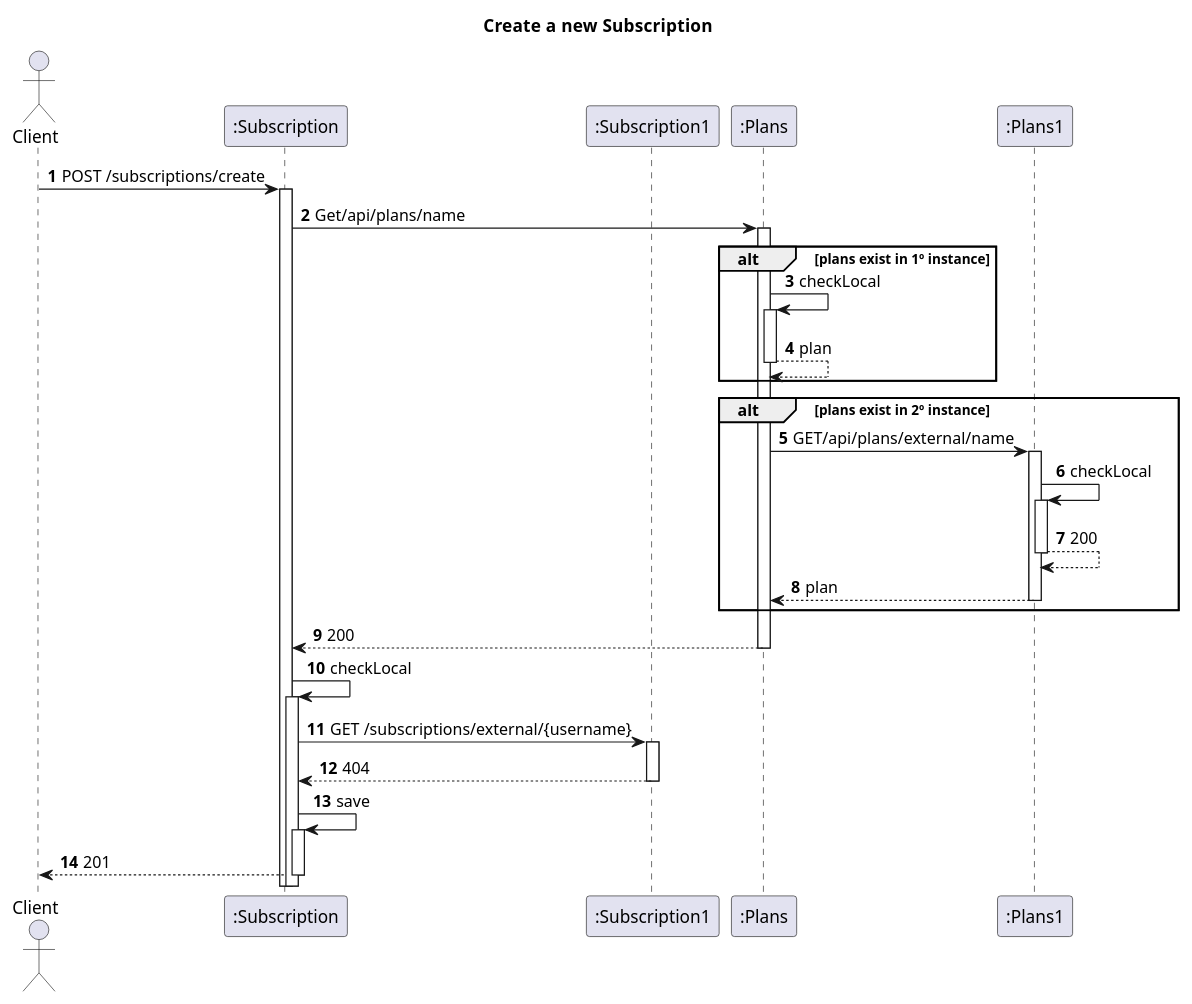
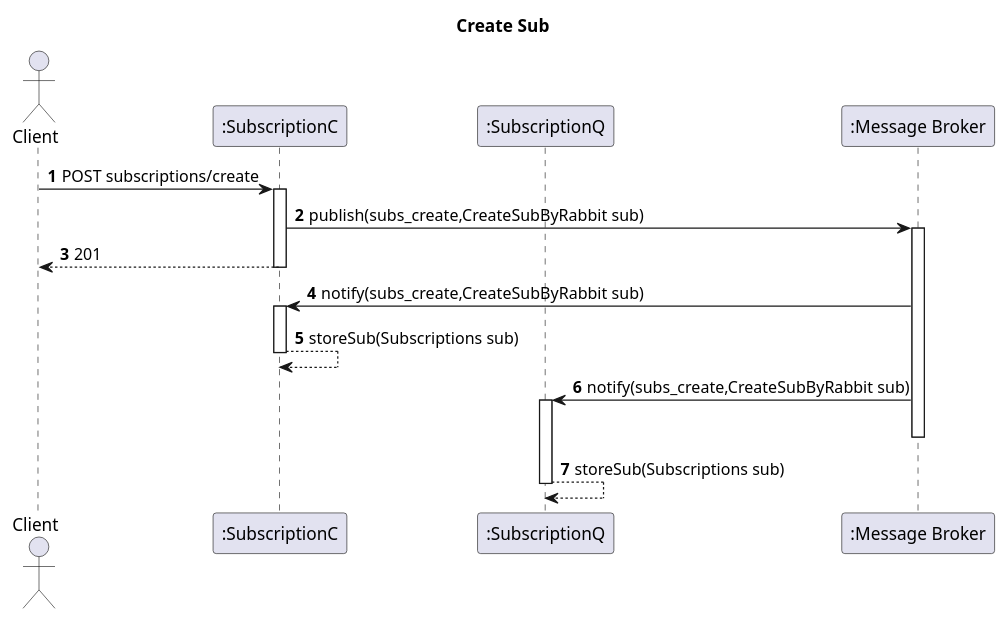
The diagram in docs_sidis/Segunda_Avalição/Subs/Vista Logica/N2/CreateSub.puml (IsepMartimOliveira/SIDIS), drawn with PlantUML before and after one commit. The commit also changed 6 other files, not shown here.

```diff
--- a/docs_sidis/Segunda_Avalição/Subs/Vista Logica/N2/CreateSub.puml
+++ b/docs_sidis/Segunda_Avalição/Subs/Vista Logica/N2/CreateSub.puml
@@ -1,34 +1,27 @@
 @startuml
 'https://plantuml.com/sequence-diagram
 autoactivate on
 autonumber
-title  Create  a new Subscription
+title  Create Sub
 
 autonumber
 
 actor "Client" as Ac
-participant ":Subscription" as Auth
-participant ":Subscription1" as Serv
-participant ":Plans" as Plans
-participant ":Plans1" as Plans1
 
+participant ":SubscriptionC" as SubC
+participant ":SubscriptionQ" as SubQ
+participant ":Message Broker" as Broker
 
-Ac->Auth: POST /subscriptions/create
-Auth -> Plans: Get/api/plans/name
-alt plans exist in 1º instance
-    Plans -> Plans: checkLocal
-    Plans --> Plans: plan
-end
-alt plans exist in 2º instance
-    Plans -> Plans1: GET/api/plans/external/name
-    Plans1 -> Plans1: checkLocal
-    Plans1 --> Plans1: 200
-    Plans1 --> Plans: plan
-end
-Plans --> Auth: 200
-Auth->Auth:checkLocal
-Auth->Serv: GET /subscriptions/external/{username}
-Serv-->Auth:404
-Auth->Auth:save
-Auth-->Ac:201
+Ac->SubC:POST subscriptions/create
+
+SubC->Broker: publish(subs_create,CreateSubByRabbit sub)
+SubC-->Ac:201
+
+Broker->SubC:notify(subs_create,CreateSubByRabbit sub)
+SubC-->SubC:storeSub(Subscriptions sub)
+Broker->SubQ:notify(subs_create,CreateSubByRabbit sub)
+deactivate Broker
+
+SubQ-->SubQ:storeSub(Subscriptions sub)
+
 @enduml
```
